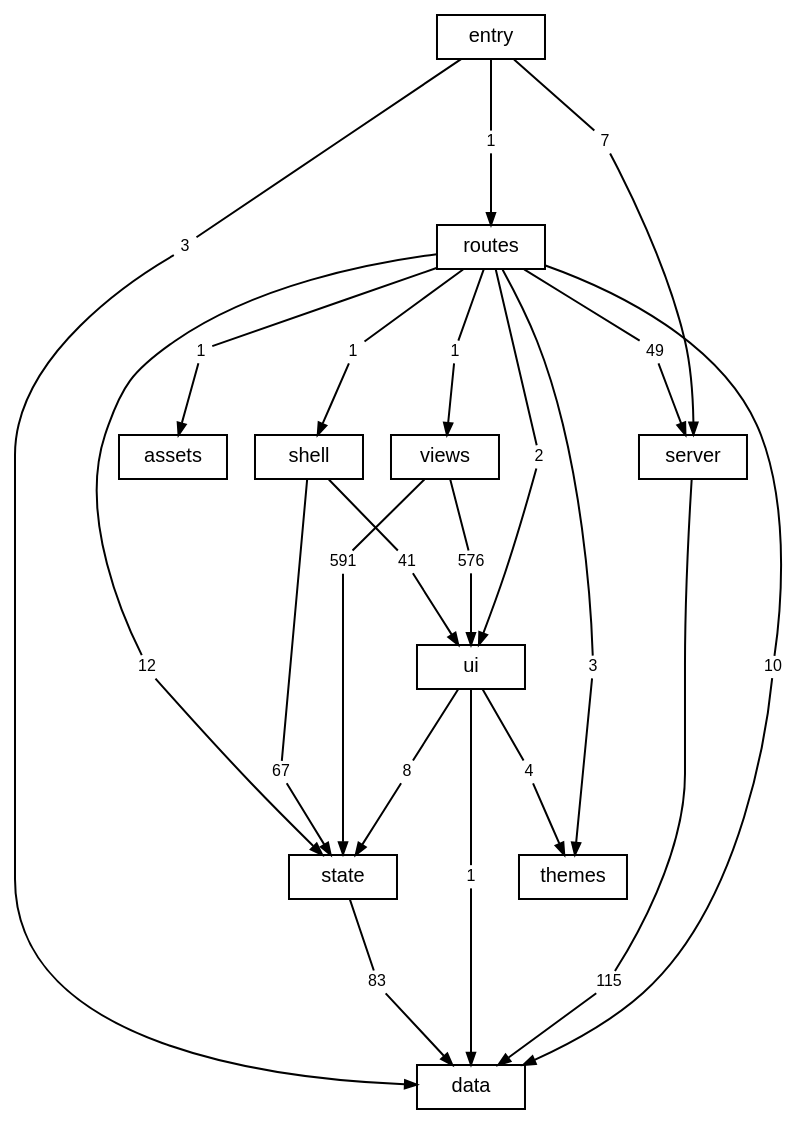
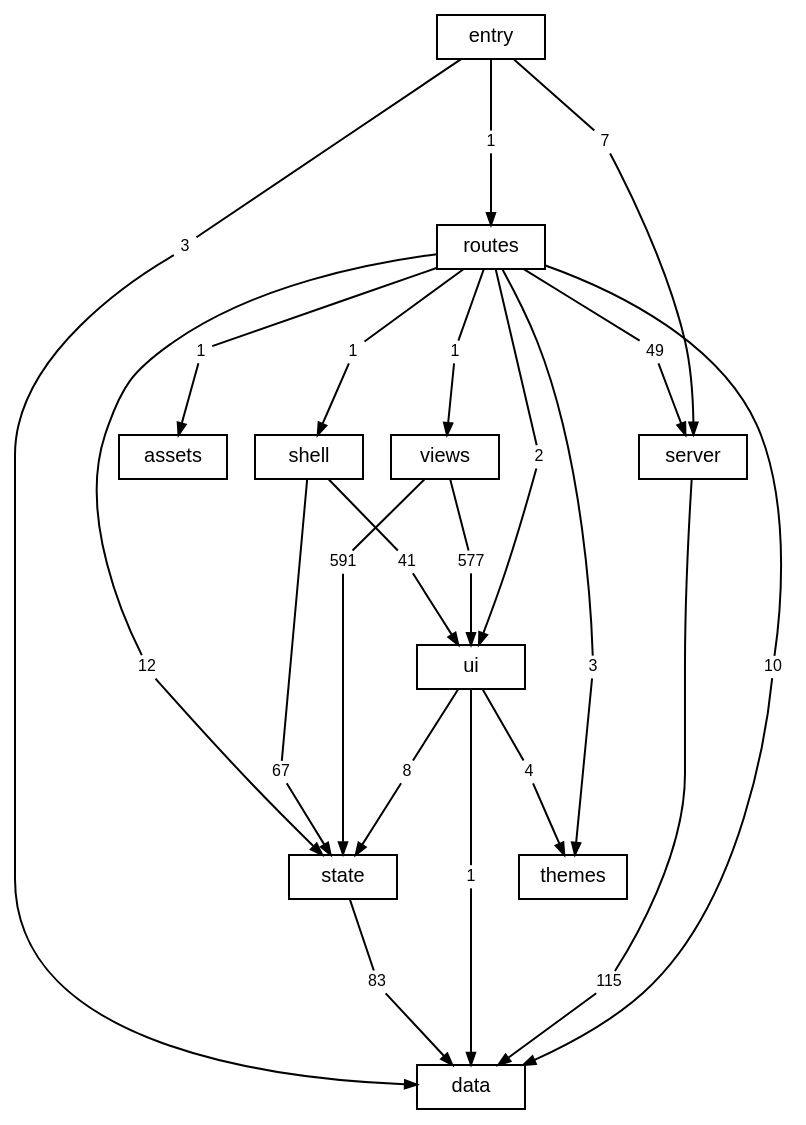
Before and after one commit to TheAxeC/oculus: the diagram in docs/diagrams/layers.dot, drawn with Graphviz. The commit also changed 22 other files, not shown here.

```diff
--- a/docs/diagrams/layers.dot
+++ b/docs/diagrams/layers.dot
@@ -1,75 +1,75 @@
 digraph layers {
     graph [bgcolor="transparent", rankdir=TB, newrank=true, fontname="Helvetica,Arial,sans-serif", fontsize=12, nodesep=0.2, ranksep=0.5];
     node [shape=box, color="black", fontcolor="black", fontname="Helvetica,Arial,sans-serif", fontsize=10, height=0.3, margin="0.12,0.04"];
     edge [color="black", fontcolor="black", fontname="Helvetica,Arial,sans-serif", fontsize=8, arrowsize=0.6];
     "data";
     "server";
     "state";
     "ui";
     "shell";
     "views";
     "themes";
     "routes";
     "src" [label="entry"];
     "files: assets" [label="assets"];
     "routes to data" [label="10", shape=box, color="transparent", fontsize=8, width=0, height=0, margin="0.04,0.02"];
     "routes" -> "routes to data" [arrowhead=none];
     "routes to data" -> "data" [];
     "routes to files: assets" [label="1", shape=box, color="transparent", fontsize=8, width=0, height=0, margin="0.04,0.02"];
     "routes" -> "routes to files: assets" [arrowhead=none];
     "routes to files: assets" -> "files: assets" [];
     "routes to server" [label="49", shape=box, color="transparent", fontsize=8, width=0, height=0, margin="0.04,0.02"];
     "routes" -> "routes to server" [arrowhead=none];
     "routes to server" -> "server" [];
     "routes to shell" [label="1", shape=box, color="transparent", fontsize=8, width=0, height=0, margin="0.04,0.02"];
     "routes" -> "routes to shell" [arrowhead=none];
     "routes to shell" -> "shell" [];
     "routes to state" [label="12", shape=box, color="transparent", fontsize=8, width=0, height=0, margin="0.04,0.02"];
     "routes" -> "routes to state" [arrowhead=none];
     "routes to state" -> "state" [];
     "routes to themes" [label="3", shape=box, color="transparent", fontsize=8, width=0, height=0, margin="0.04,0.02"];
     "routes" -> "routes to themes" [arrowhead=none];
     "routes to themes" -> "themes" [];
     "routes to ui" [label="2", shape=box, color="transparent", fontsize=8, width=0, height=0, margin="0.04,0.02"];
     "routes" -> "routes to ui" [arrowhead=none];
     "routes to ui" -> "ui" [];
     "routes to views" [label="1", shape=box, color="transparent", fontsize=8, width=0, height=0, margin="0.04,0.02"];
     "routes" -> "routes to views" [arrowhead=none];
     "routes to views" -> "views" [];
     "server to data" [label="115", shape=box, color="transparent", fontsize=8, width=0, height=0, margin="0.04,0.02"];
     "server" -> "server to data" [arrowhead=none];
     "server to data" -> "data" [];
     "shell to state" [label="67", shape=box, color="transparent", fontsize=8, width=0, height=0, margin="0.04,0.02"];
     "shell" -> "shell to state" [arrowhead=none];
     "shell to state" -> "state" [];
     "shell to ui" [label="41", shape=box, color="transparent", fontsize=8, width=0, height=0, margin="0.04,0.02"];
     "shell" -> "shell to ui" [arrowhead=none];
     "shell to ui" -> "ui" [];
     "src to data" [label="3", shape=box, color="transparent", fontsize=8, width=0, height=0, margin="0.04,0.02"];
     "src" -> "src to data" [arrowhead=none];
     "src to data" -> "data" [];
     "src to routes" [label="1", shape=box, color="transparent", fontsize=8, width=0, height=0, margin="0.04,0.02"];
     "src" -> "src to routes" [arrowhead=none];
     "src to routes" -> "routes" [];
     "src to server" [label="7", shape=box, color="transparent", fontsize=8, width=0, height=0, margin="0.04,0.02"];
     "src" -> "src to server" [arrowhead=none];
     "src to server" -> "server" [];
     "state to data" [label="83", shape=box, color="transparent", fontsize=8, width=0, height=0, margin="0.04,0.02"];
     "state" -> "state to data" [arrowhead=none];
     "state to data" -> "data" [];
     "ui to data" [label="1", shape=box, color="transparent", fontsize=8, width=0, height=0, margin="0.04,0.02"];
     "ui" -> "ui to data" [arrowhead=none];
     "ui to data" -> "data" [];
     "ui to state" [label="8", shape=box, color="transparent", fontsize=8, width=0, height=0, margin="0.04,0.02"];
     "ui" -> "ui to state" [arrowhead=none];
     "ui to state" -> "state" [];
     "ui to themes" [label="4", shape=box, color="transparent", fontsize=8, width=0, height=0, margin="0.04,0.02"];
     "ui" -> "ui to themes" [arrowhead=none];
     "ui to themes" -> "themes" [];
     "views to state" [label="591", shape=box, color="transparent", fontsize=8, width=0, height=0, margin="0.04,0.02"];
     "views" -> "views to state" [arrowhead=none];
     "views to state" -> "state" [];
-    "views to ui" [label="576", shape=box, color="transparent", fontsize=8, width=0, height=0, margin="0.04,0.02"];
+    "views to ui" [label="577", shape=box, color="transparent", fontsize=8, width=0, height=0, margin="0.04,0.02"];
     "views" -> "views to ui" [arrowhead=none];
     "views to ui" -> "ui" [];
 }
```
